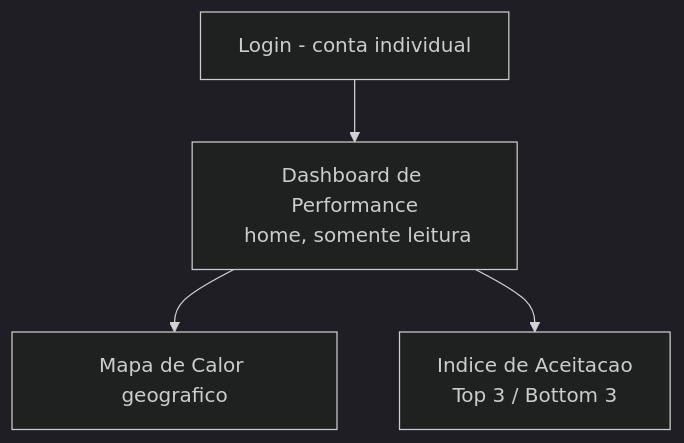
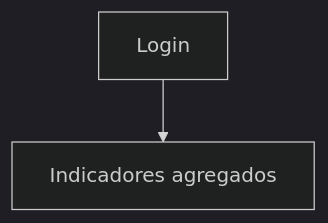
Before and after one commit to fabriciomedeiros-dev/SAC: the diagram in site/docs/04-fluxos-de-navegacao/04-diretoria.md, drawn with Mermaid (dark theme). The commit also changed other lines of this file and 19 other files, not shown here.

````diff
--- a/site/docs/04-fluxos-de-navegacao/04-diretoria.md
+++ b/site/docs/04-fluxos-de-navegacao/04-diretoria.md
@@ -12,7 +10,4 @@
 ```mermaid
 flowchart TD
-    Login[Login - conta individual] --> Dash[Dashboard de Performance\n home, somente leitura]
-
-    Dash --> Mapa[Mapa de Calor geografico]
-    Dash --> Indice[Indice de Aceitacao\n Top 3 / Bottom 3]
+    Login[Login] --> Dash[Indicadores agregados]
 ```
````
